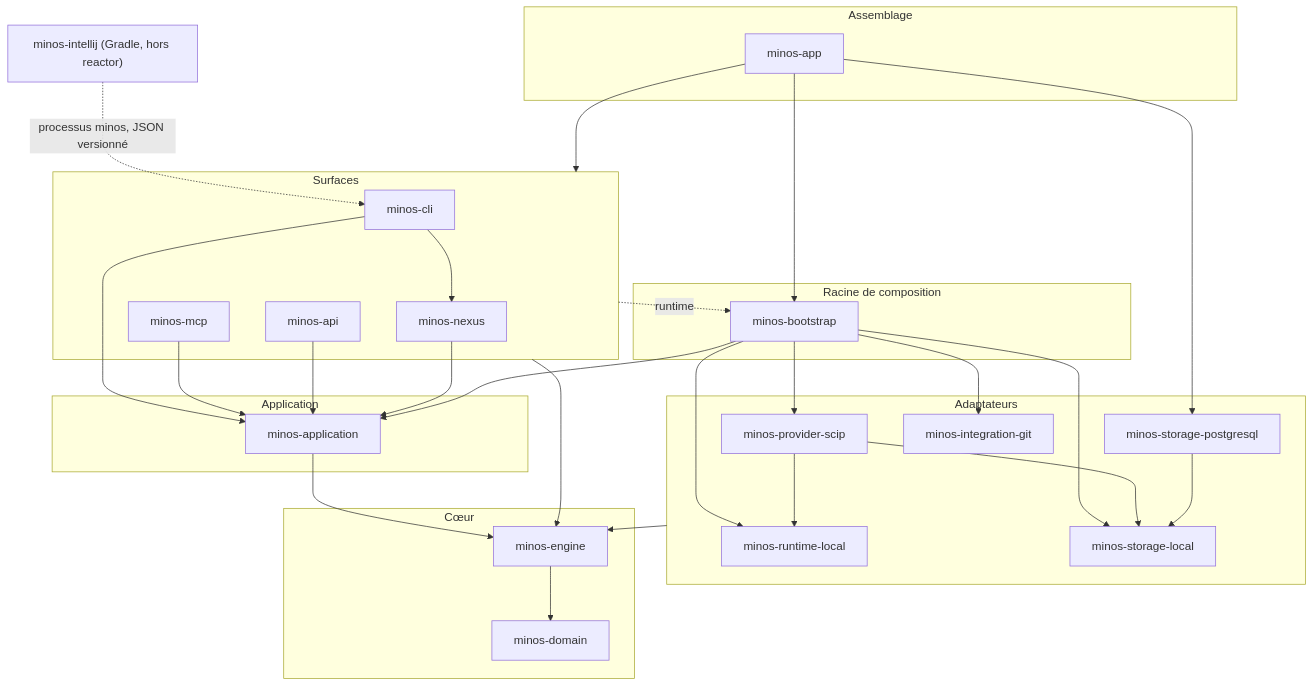
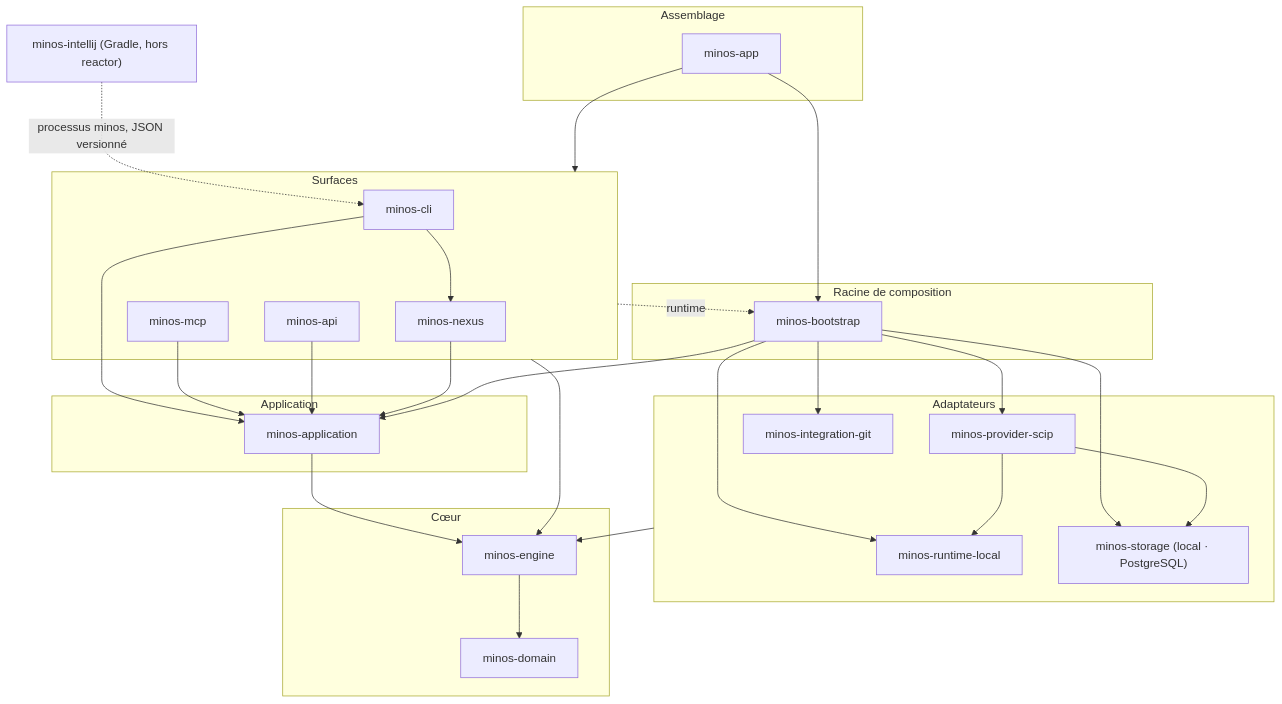
Before and after one commit to FTurleque/minos-code-intelligence: the diagram in docs/architecture/diagrams/application/component-modules-et-dependances.md, drawn with Mermaid. The commit also changed other lines of this file and 23 other files, not shown here.

Commit message:
docs(architecture): décrire le module minos-storage (SH-02, ADR 0068 § 4)

````diff
--- a/docs/architecture/diagrams/application/component-modules-et-dependances.md
+++ b/docs/architecture/diagrams/application/component-modules-et-dependances.md
@@ -5,53 +5,50 @@
 ```mermaid
 flowchart TB
     subgraph assemblage["Assemblage"]
         app["minos-app"]
     end
     subgraph surfaces["Surfaces"]
         cli["minos-cli"]
         mcp["minos-mcp"]
         api["minos-api"]
         nexus["minos-nexus"]
     end
     subgraph composition["Racine de composition"]
         bootstrap["minos-bootstrap"]
     end
     subgraph applicatif["Application"]
         application["minos-application"]
     end
     subgraph adaptateurs["Adaptateurs"]
         scip["minos-provider-scip"]
         runtime["minos-runtime-local"]
-        storage["minos-storage-local"]
-        pg["minos-storage-postgresql"]
+        storage["minos-storage (local · PostgreSQL)"]
         git["minos-integration-git"]
     end
     subgraph coeur["Cœur"]
         engine["minos-engine"]
         domain["minos-domain"]
     end
     plugin["minos-intellij (Gradle, hors reactor)"]
 
     app --> surfaces
     app --> bootstrap
     cli --> nexus
     cli --> application
     mcp --> application
     api --> application
     nexus --> application
     surfaces -.->|"runtime"| bootstrap
     bootstrap --> application
     bootstrap --> scip
     bootstrap --> runtime
     bootstrap --> storage
     bootstrap --> git
-    app --> pg
     scip --> runtime
     scip --> storage
-    pg --> storage
     application --> engine
     adaptateurs --> engine
     surfaces --> engine
     engine --> domain
     plugin -.->|"processus minos, JSON versionné"| cli
 ```
````
